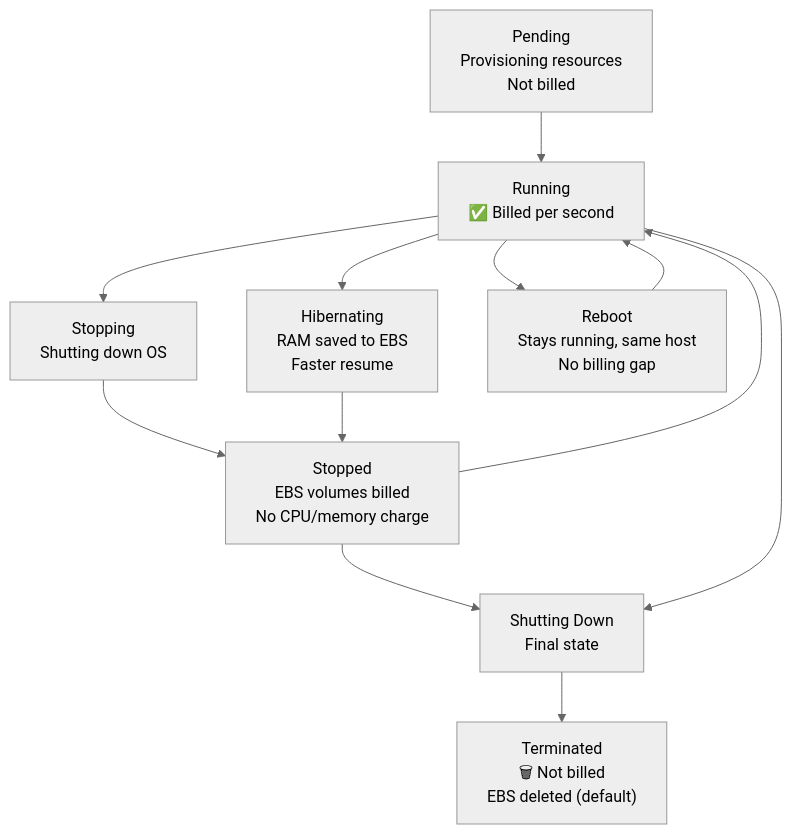
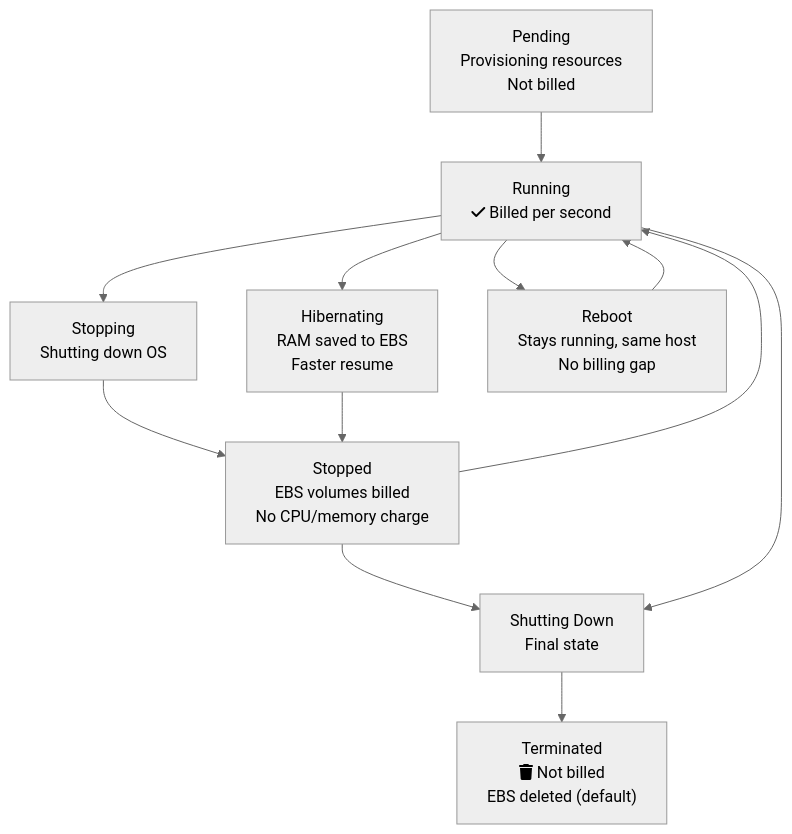
The third of 6 diagrams in src/content/cloud/aws/02-intro-vms.mdx (zafarale/cloudification), drawn with Mermaid (neutral theme) before and after one commit. The commit also changed other lines of this file and 84 other files, not shown here.

````diff
--- a/src/content/cloud/aws/02-intro-vms.mdx
+++ b/src/content/cloud/aws/02-intro-vms.mdx
@@ -130,22 +144,24 @@
 ```mermaid
 flowchart TD
-    PENDING["Pending\nProvisioning resources\nNot billed"]
-    RUNNING["Running\n✅ Billed per second"]
-    STOPPING["Stopping\nShutting down OS"]
-    STOPPED["Stopped\nEBS volumes billed\nNo CPU/memory charge"]
-    HIBERNATE["Hibernating\nRAM saved to EBS\nFaster resume"]
-    TERMINATE["Shutting Down\nFinal state"]
-    TERMINATED["Terminated\n🗑 Not billed\nEBS deleted (default)"]
-    REBOOT["Reboot\nStays running, same host\nNo billing gap"]
+    accTitle: EC2 Instance Lifecycle
+    accDescr: Flowchart (td) showing Pending Provisioning resources Not billed, Running Billed per second, Stopping Shutting down OS
+    PENDING["Pending<br/>Provisioning resources<br/>Not billed"]
+    RUNNING["Running<br/>fa:fa-check Billed per second"]
+    STOPPING["Stopping<br/>Shutting down OS"]
+    STOPPED["Stopped<br/>EBS volumes billed<br/>No CPU/memory charge"]
+    HIBERNATE["Hibernating<br/>RAM saved to EBS<br/>Faster resume"]
+    TERMINATE["Shutting Down<br/>Final state"]
+    TERMINATED["Terminated<br/>fa:fa-trash Not billed<br/>EBS deleted (default)"]
+    REBOOT["Reboot<br/>Stays running, same host<br/>No billing gap"]
 
     PENDING --> RUNNING
     RUNNING --> STOPPING
     RUNNING --> REBOOT --> RUNNING
     RUNNING --> HIBERNATE
     STOPPING --> STOPPED
     STOPPED --> RUNNING
     HIBERNATE --> STOPPED
     STOPPED --> TERMINATE
     RUNNING --> TERMINATE
     TERMINATE --> TERMINATED
 ```
````
